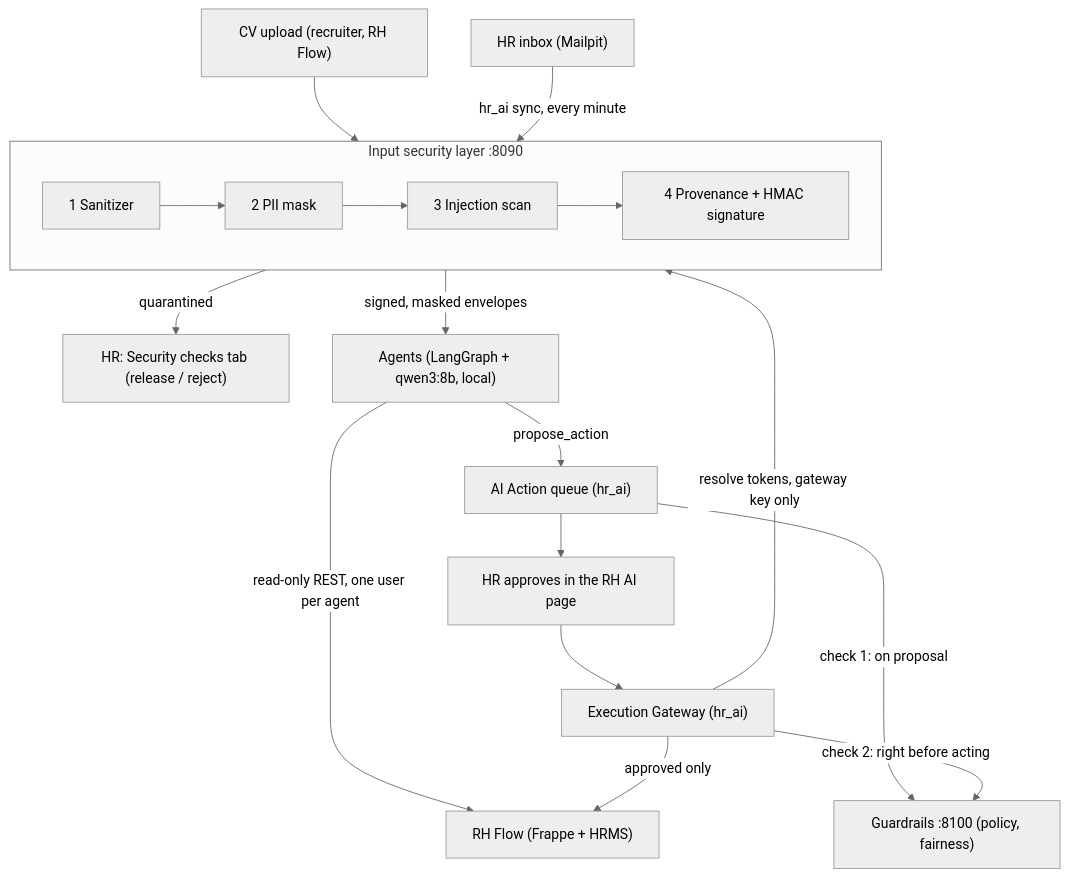
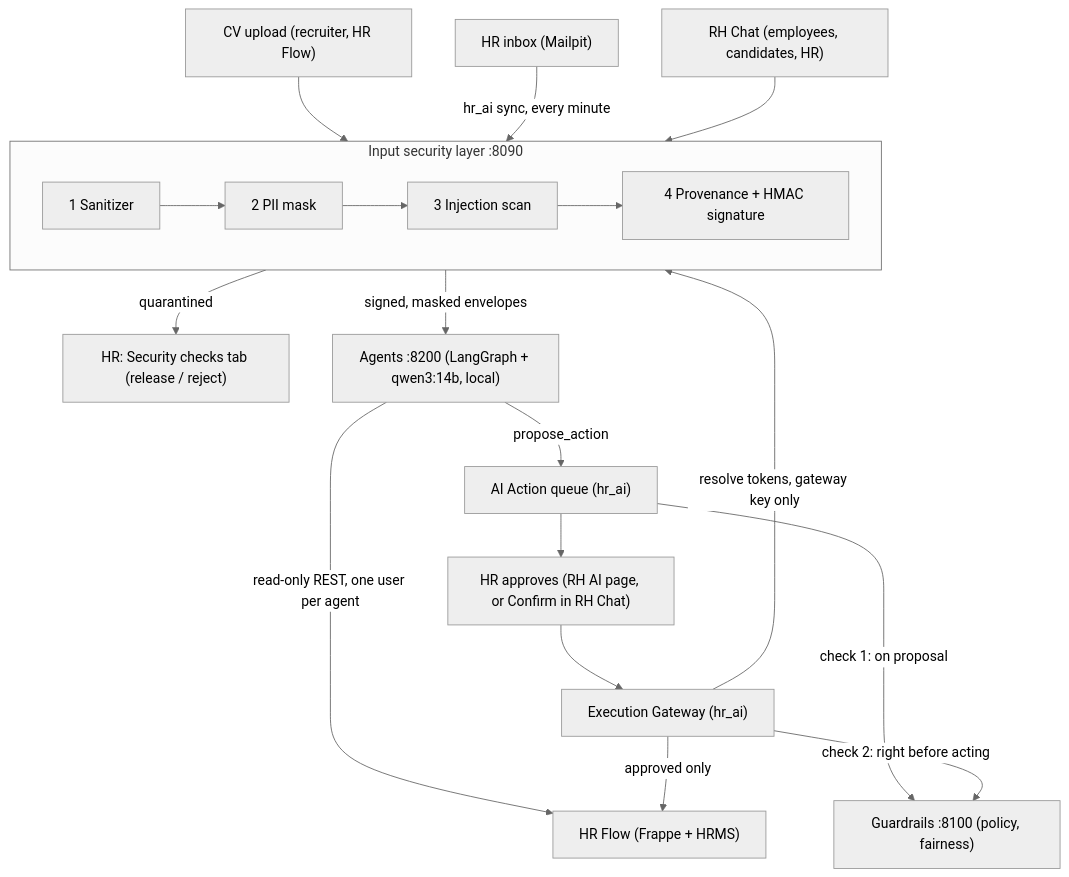
One commit to mohamedkouki101/SOS_Astrpreneur10 changed the diagram in README.md. Above: the diagram before and after it, drawn with Mermaid (neutral theme). The commit also changed other lines of this file and 1938 other files, not shown here.

````diff
--- a/README.md
+++ b/README.md
@@ -19,18 +21,19 @@
 ```mermaid
 flowchart TB
-  CV["CV upload (recruiter, RH Flow)"] --> ISL
+  CV["CV upload (recruiter, HR Flow)"] --> ISL
   MAIL["HR inbox (Mailpit)"] -->|hr_ai sync, every minute| ISL
+  CHAT["RH Chat (employees, candidates, HR)"] --> ISL
   subgraph ISL["Input security layer :8090"]
     S1["1 Sanitizer"] --> S2["2 PII mask"] --> S3["3 Injection scan"] --> S4["4 Provenance + HMAC signature"]
   end
   ISL -->|quarantined| SEC["HR: Security checks tab (release / reject)"]
-  ISL -->|signed, masked envelopes| AG["Agents (LangGraph + qwen3:8b, local)"]
-  AG -->|read-only REST, one user per agent| RHF["RH Flow (Frappe + HRMS)"]
+  ISL -->|signed, masked envelopes| AG["Agents :8200 (LangGraph + qwen3:14b, local)"]
+  AG -->|read-only REST, one user per agent| RHF["HR Flow (Frappe + HRMS)"]
   AG -->|propose_action| Q["AI Action queue (hr_ai)"]
   Q -->|check 1: on proposal| GR["Guardrails :8100 (policy, fairness)"]
-  Q --> HUM["HR approves in the RH AI page"]
+  Q --> HUM["HR approves (RH AI page, or Confirm in RH Chat)"]
   HUM --> EX["Execution Gateway (hr_ai)"]
   EX -->|check 2: right before acting| GR
   EX -->|resolve tokens, gateway key only| ISL
   EX -->|approved only| RHF
 ```
````
